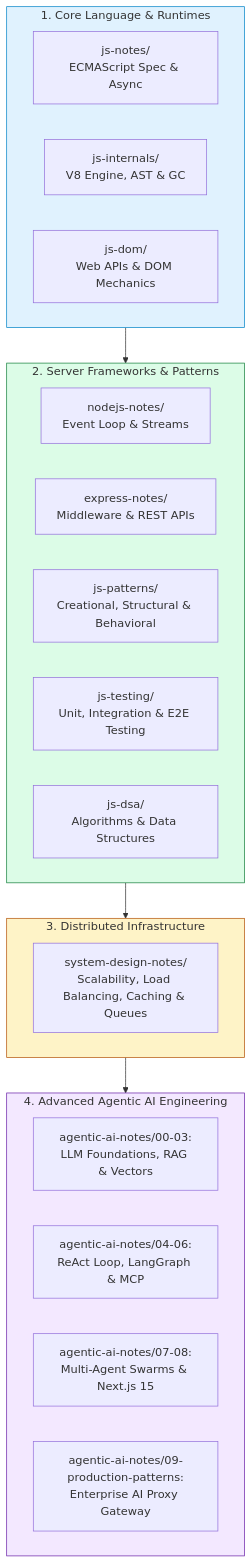
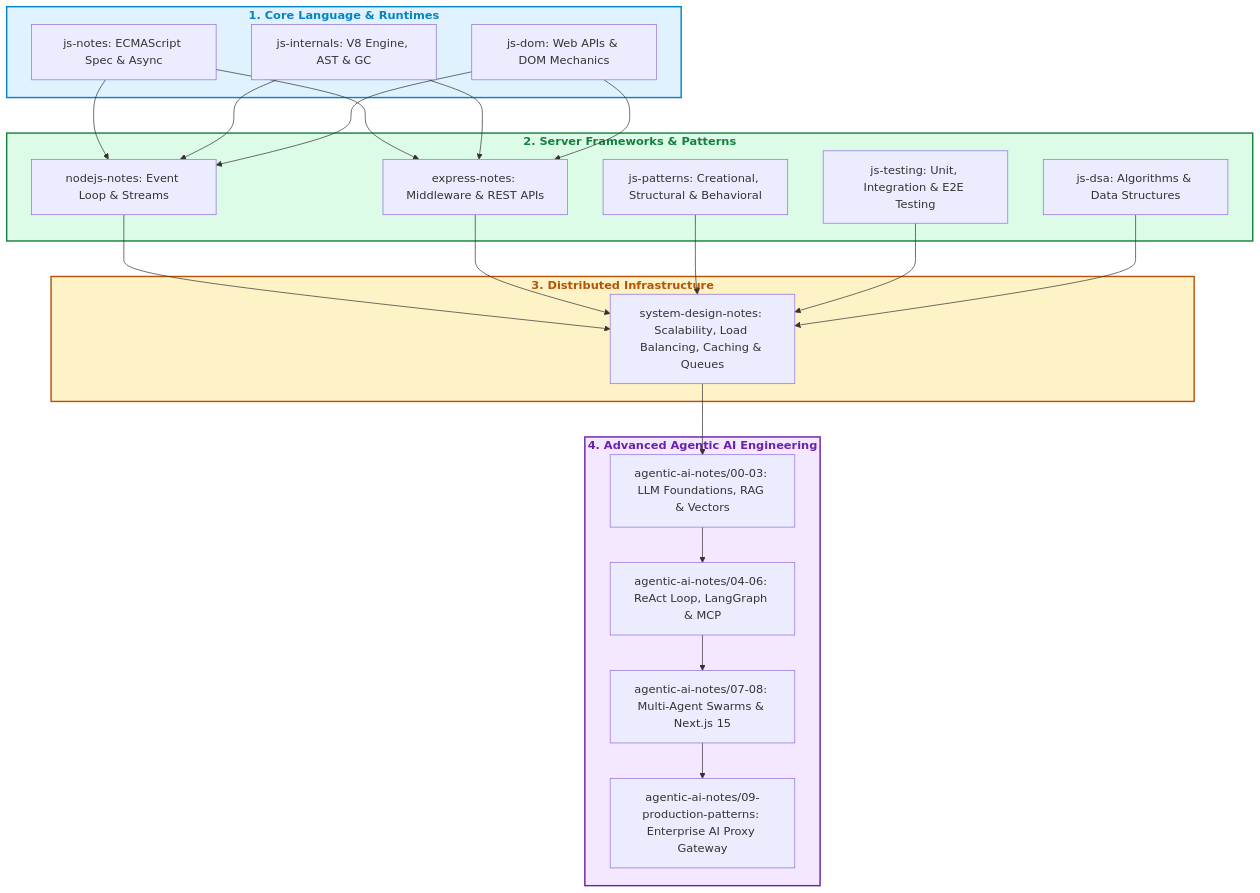
Before and after one commit to Amie-dev/engineering-playbook: the first of 3 diagrams in README.md, drawn with Mermaid. The commit also changed other lines of this file, not shown here.

Commit message:
Update README.md: Refine content formatting and enhance clarity in module descriptions and navigation structure

````diff
--- a/README.md
+++ b/README.md
@@ -13,36 +13,39 @@
 ```mermaid
 flowchart TD
-    subgraph Layer1["1. Core Language & Runtimes"]
-        JS_Notes["js-notes/<br/>ECMAScript Spec & Async"]
-        JS_Internals["js-internals/<br/>V8 Engine, AST & GC"]
-        DOM["js-dom/<br/>Web APIs & DOM Mechanics"]
+    subgraph Layer1["<font color='#0284c7'><b>1. Core Language & Runtimes</b></font>"]
+        JS_Notes["js-notes: ECMAScript Spec & Async"]
+        JS_Internals["js-internals: V8 Engine, AST & GC"]
+        DOM["js-dom: Web APIs & DOM Mechanics"]
     end
 
-    subgraph Layer2["2. Server Frameworks & Patterns"]
-        NodeJS["nodejs-notes/<br/>Event Loop & Streams"]
-        Express["express-notes/<br/>Middleware & REST APIs"]
-        Patterns["js-patterns/<br/>Creational, Structural & Behavioral"]
-        Testing["js-testing/<br/>Unit, Integration & E2E Testing"]
-        DSA["js-dsa/<br/>Algorithms & Data Structures"]
+    subgraph Layer2["<font color='#15803d'><b>2. Server Frameworks & Patterns</b></font>"]
+        NodeJS["nodejs-notes: Event Loop & Streams"]
+        Express["express-notes: Middleware & REST APIs"]
+        Patterns["js-patterns: Creational, Structural & Behavioral"]
+        Testing["js-testing: Unit, Integration & E2E Testing"]
+        DSA["js-dsa: Algorithms & Data Structures"]
     end
 
-    subgraph Layer3["3. Distributed Infrastructure"]
-        SystemDesign["system-design-notes/<br/>Scalability, Load Balancing, Caching & Queues"]
+    subgraph Layer3["<font color='#b45309'><b>3. Distributed Infrastructure</b></font>"]
+        SystemDesign["system-design-notes: Scalability, Load Balancing, Caching & Queues"]
     end
 
-    subgraph Layer4["4. Advanced Agentic AI Engineering"]
-        AI_Foundations["agentic-ai-notes/00-03:<br/>LLM Foundations, RAG & Vectors"]
-        AI_Agents["agentic-ai-notes/04-06:<br/>ReAct Loop, LangGraph & MCP"]
-        AI_MultiAgent["agentic-ai-notes/07-08:<br/>Multi-Agent Swarms & Next.js 15"]
-        AI_Gateway["agentic-ai-notes/09-production-patterns:<br/>Enterprise AI Proxy Gateway"]
+    subgraph Layer4["<font color='#6b21a8'><b>4. Advanced Agentic AI Engineering</b></font>"]
+        AI_Foundations["agentic-ai-notes/00-03: LLM Foundations, RAG & Vectors"]
+        AI_Agents["agentic-ai-notes/04-06: ReAct Loop, LangGraph & MCP"]
+        AI_MultiAgent["agentic-ai-notes/07-08: Multi-Agent Swarms & Next.js 15"]
+        AI_Gateway["agentic-ai-notes/09-production-patterns: Enterprise AI Proxy Gateway"]
     end
 
-    Layer1 --> Layer2
-    Layer2 --> Layer3
-    Layer3 --> Layer4
+    JS_Notes & JS_Internals & DOM --> NodeJS & Express
+    NodeJS & Express & Patterns & Testing & DSA --> SystemDesign
+    SystemDesign --> AI_Foundations
+    AI_Foundations --> AI_Agents
+    AI_Agents --> AI_MultiAgent
+    AI_MultiAgent --> AI_Gateway
 
-    style Layer1 fill:#e0f2fe,stroke:#0284c7
-    style Layer2 fill:#dcfce7,stroke:#15803d
-    style Layer3 fill:#fef3c7,stroke:#b45309
-    style Layer4 fill:#f3e8ff,stroke:#6b21a8
+    style Layer1 fill:#e0f2fe,stroke:#0284c7,color:#0284c7,stroke-width:2px
+    style Layer2 fill:#dcfce7,stroke:#15803d,color:#15803d,stroke-width:2px
+    style Layer3 fill:#fef3c7,stroke:#b45309,color:#b45309,stroke-width:2px
+    style Layer4 fill:#f3e8ff,stroke:#6b21a8,color:#6b21a8,stroke-width:2px
 ```
````
